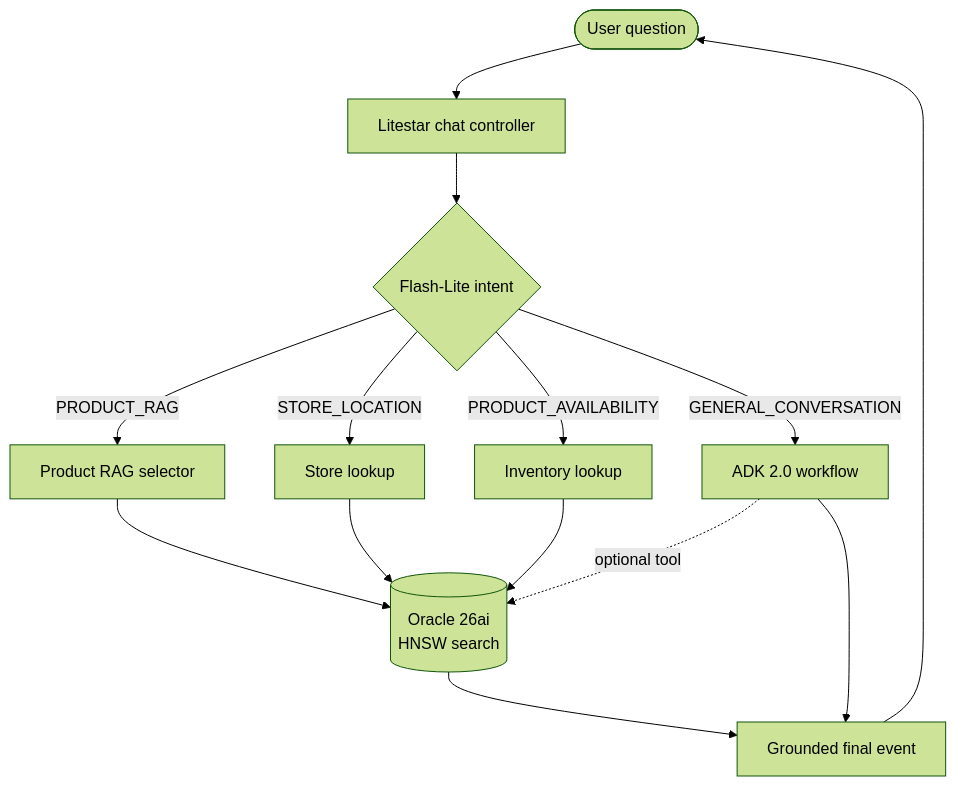
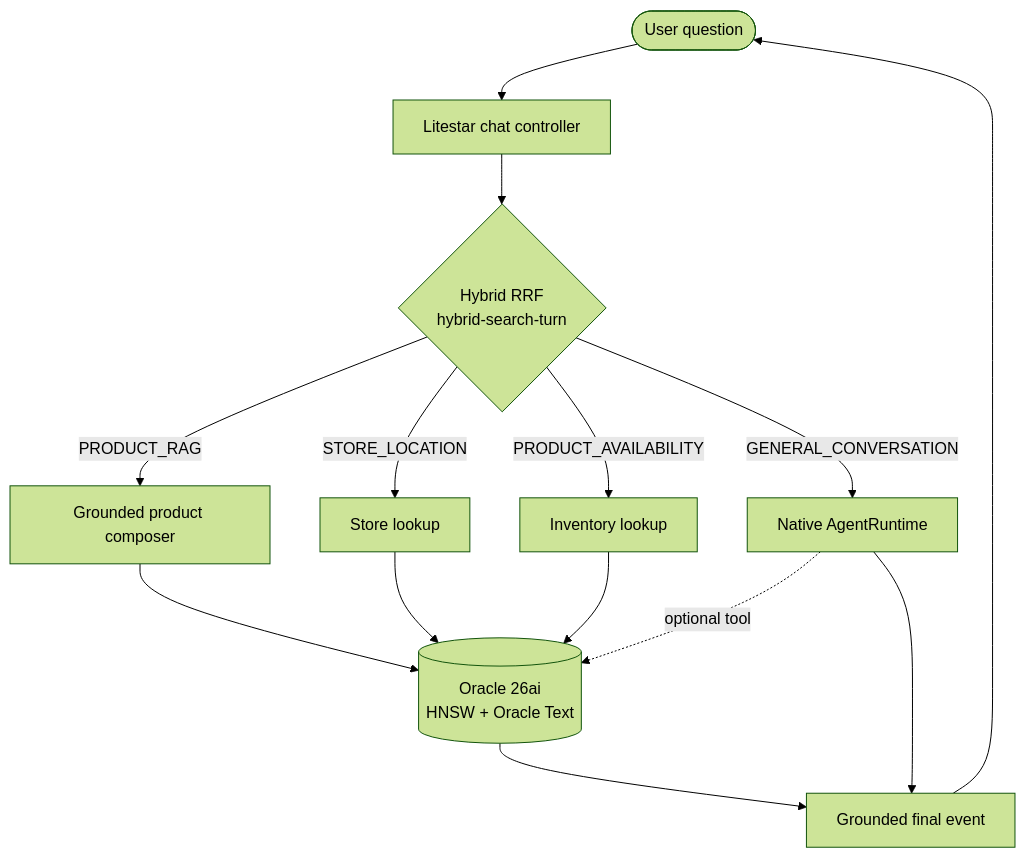
The diagram in docs/index.md (cofin/oracledb-vertexai-demo), drawn with Mermaid (forest theme) before and after one commit. The commit also changed other lines of this file and 468 other files, not shown here.

First line of the commit message:
feat(ai): native Gemini 3.8 Flash runtime, Oracle 26ai Hybrid RRF, MCP/A2A, and Oracle Queues (#94)

````diff
--- a/docs/index.md
+++ b/docs/index.md
@@ -36,16 +36,16 @@
 ```{mermaid}
 flowchart TD
     U([User question]) --> C[Litestar chat controller]
-    C --> I{Flash-Lite intent}
-    I -->|PRODUCT_RAG| P[Product RAG selector]
+    C --> I{Hybrid RRF<br/>hybrid-search-turn}
+    I -->|PRODUCT_RAG| P[Grounded product composer]
     I -->|STORE_LOCATION| S[Store lookup]
     I -->|PRODUCT_AVAILABILITY| V[Inventory lookup]
-    I -->|GENERAL_CONVERSATION| A[ADK 2.0 workflow]
-    P --> O[(Oracle 26ai<br/>HNSW search)]
+    I -->|GENERAL_CONVERSATION| A[Native AgentRuntime]
+    P --> O[(Oracle 26ai<br/>HNSW + Oracle Text)]
     S --> O
     V --> O
     A -. optional tool .-> O
     O --> R[Grounded final event]
     A --> R
     R --> U
 ```
````
